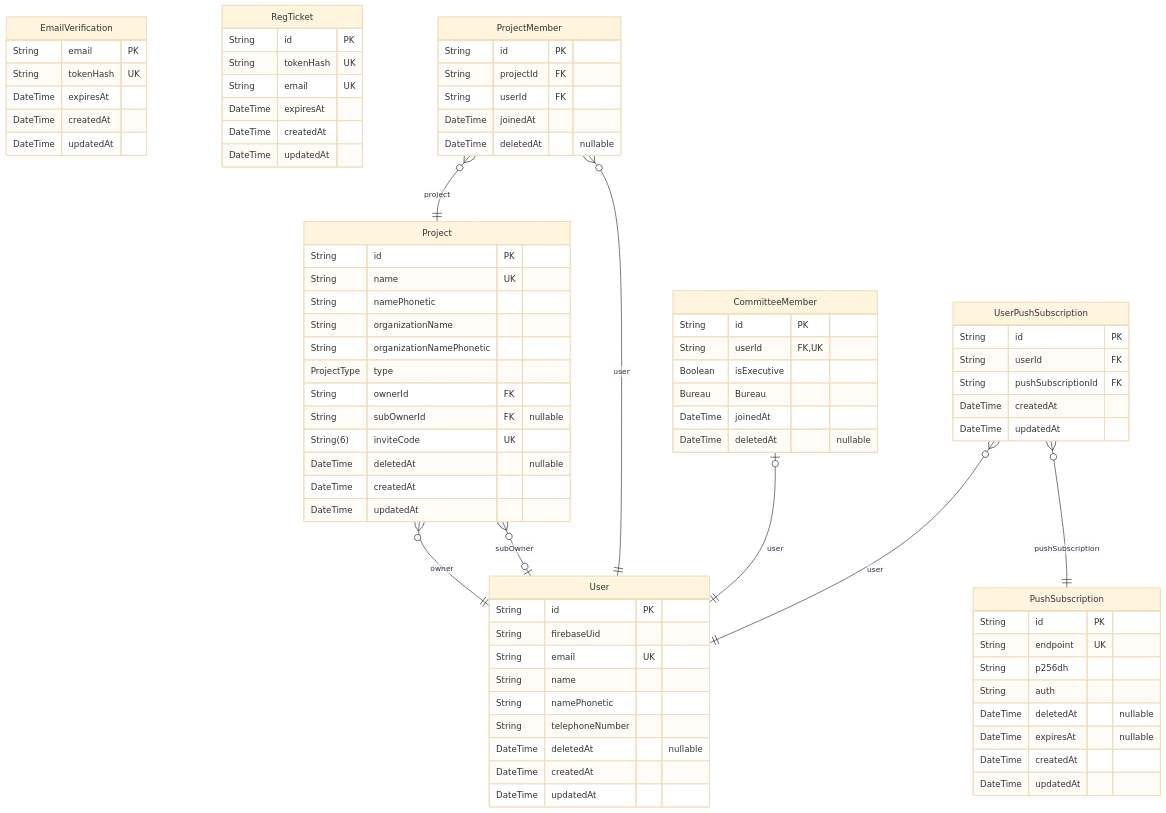
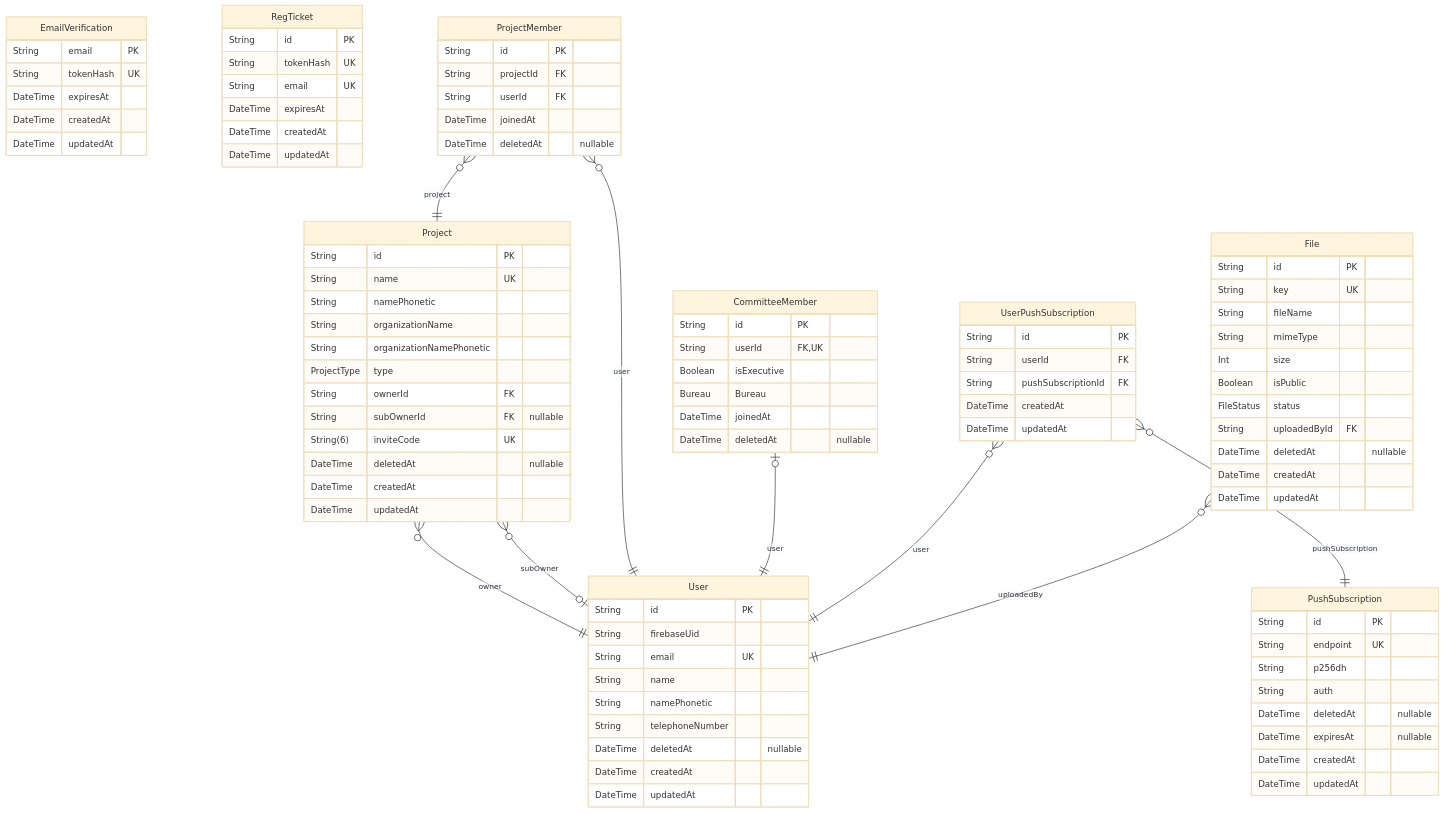
Before and after one commit to sohosai/sos26: the diagram in apps/api/prisma/ERD.md, drawn with Mermaid (base theme). The commit also changed other lines of this file and 2 other files, not shown here.

````diff
--- a/apps/api/prisma/ERD.md
+++ b/apps/api/prisma/ERD.md
@@ -80,6 +80,19 @@
   DateTime createdAt
   DateTime updatedAt
 }
+"File" {
+  String id PK
+  String key UK
+  String fileName
+  String mimeType
+  Int size
+  Boolean isPublic
+  FileStatus status
+  String uploadedById FK
+  DateTime deletedAt "nullable"
+  DateTime createdAt
+  DateTime updatedAt
+}
 "Project" }o--|| "User" : owner
 "Project" }o--o| "User" : subOwner
 "ProjectMember" }o--|| "Project" : project
@@ -87,4 +100,5 @@
 "CommitteeMember" |o--|| "User" : user
 "UserPushSubscription" }o--|| "User" : user
 "UserPushSubscription" }o--|| "PushSubscription" : pushSubscription
+"File" }o--|| "User" : uploadedBy
 ```
````
